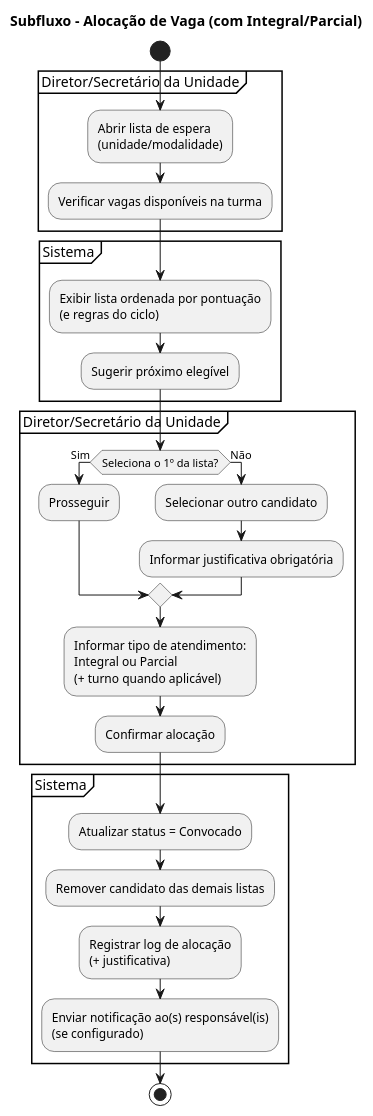
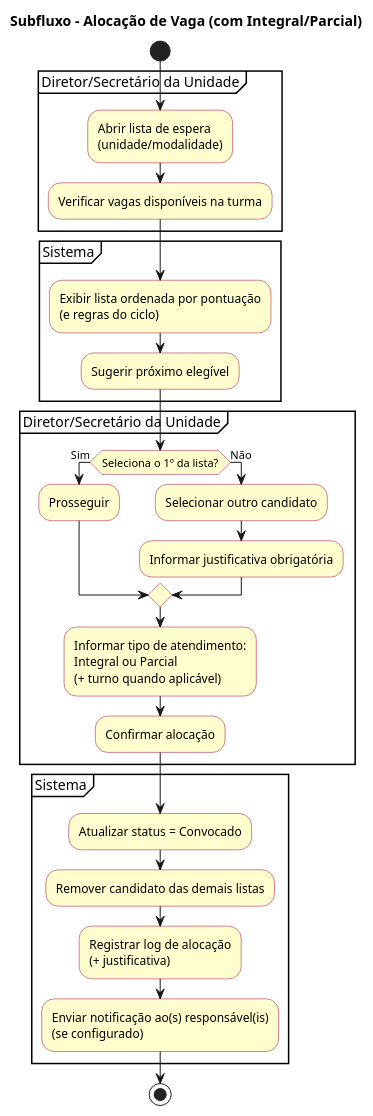
The diagram in docs/assets/atividade_fluxo_3.md (maxwelldeveloper7/vagas-creche), drawn with PlantUML before and after one commit. The commit also changed 7 other files, not shown here.

```diff
--- a/docs/assets/atividade_fluxo_3.md
+++ b/docs/assets/atividade_fluxo_3.md
@@ -1,36 +1,42 @@
 @startuml
+
+skinparam activity {
+  BackgroundColor #FEFECE
+  BorderColor #A80036
+}
+
 title Subfluxo - Alocação de Vaga (com Integral/Parcial)
 
 start
 
 partition "Diretor/Secretário da Unidade" {
   :Abrir lista de espera\n(unidade/modalidade);
   :Verificar vagas disponíveis na turma;
 }
 
 partition "Sistema" {
   :Exibir lista ordenada por pontuação\n(e regras do ciclo);
   :Sugerir próximo elegível;
 }
 
 partition "Diretor/Secretário da Unidade" {
   if (Seleciona o 1º da lista?) then (Sim)
     :Prosseguir;
   else (Não)
     :Selecionar outro candidato;
     :Informar justificativa obrigatória;
   endif
 
   :Informar tipo de atendimento:\nIntegral ou Parcial\n(+ turno quando aplicável);
   :Confirmar alocação;
 }
 
 partition "Sistema" {
   :Atualizar status = Convocado;
   :Remover candidato das demais listas;
   :Registrar log de alocação\n(+ justificativa);
   :Enviar notificação ao(s) responsável(is)\n(se configurado);
 }
 
 stop
 @enduml
```
